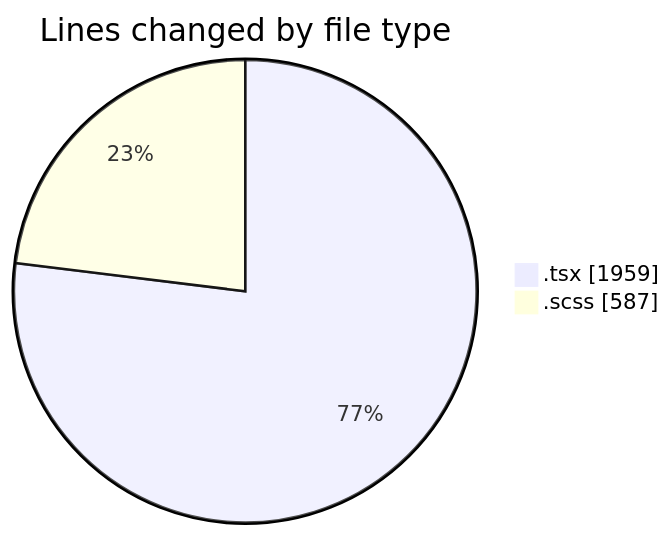
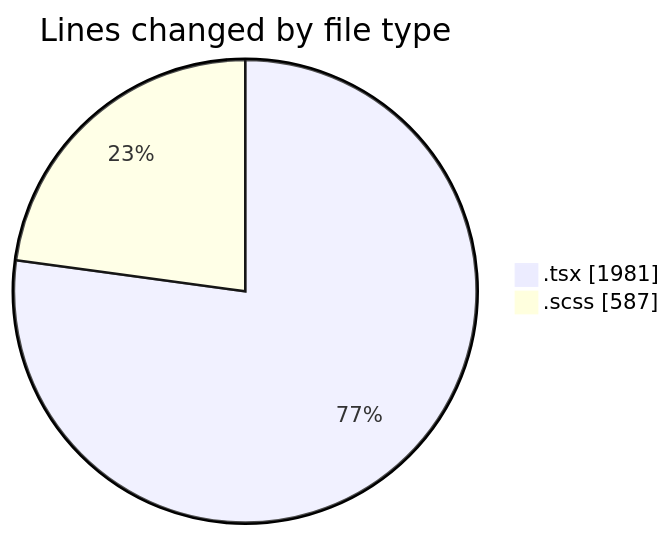
The first of 2 diagrams in 2025-04-07/cda/README.md (momahboobian/code-tracking), drawn with Mermaid before and after one commit. The commit also changed other lines of this file and 1 other file, not shown here.

Commit message:
commit(activity): Update coding activity for 2025-04-07 Type: Scope: Summary: Update the coding activity for 2025-04-07. Modified functions: * Activity.tsx * Activity.scss Files changed: * 2025-04-07/activity.json * 2025-04-07/cda/README.md Activity duration: 19 minutes

````diff
--- a/2025-04-07/cda/README.md
+++ b/2025-04-07/cda/README.md
@@ -27,6 +27,6 @@
 ```mermaid
 pie showData
 title Lines changed by file type
-".tsx" : 1959
+".tsx" : 1981
 ".scss" : 587
 ```
````
